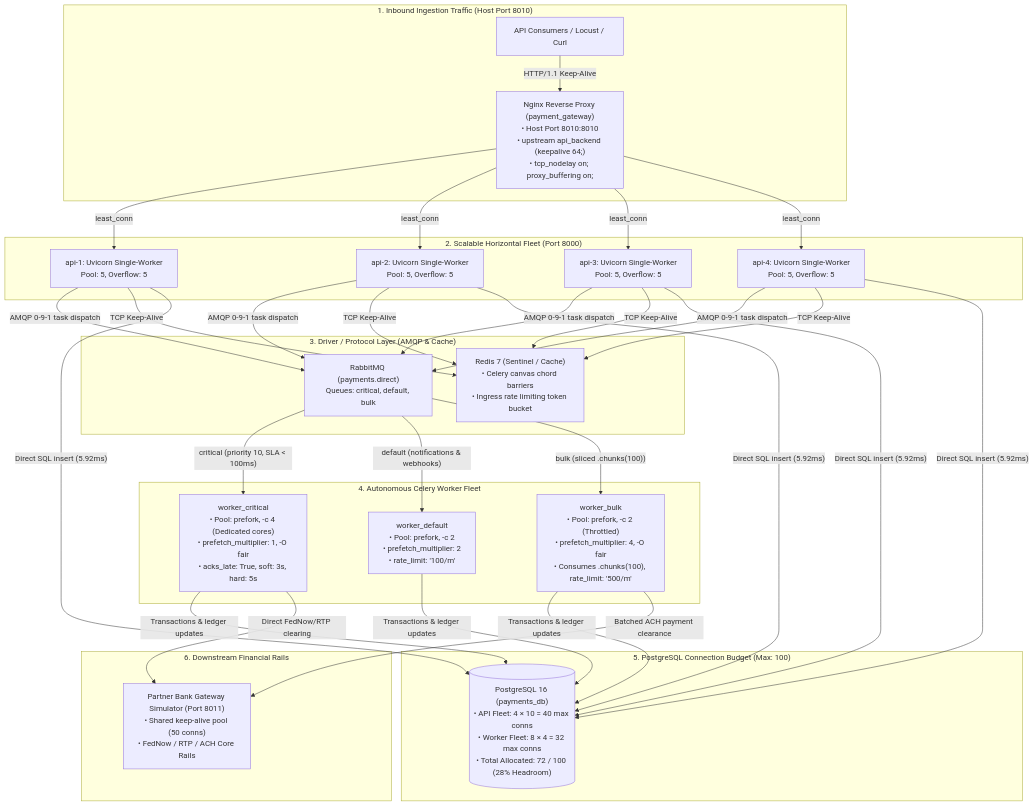
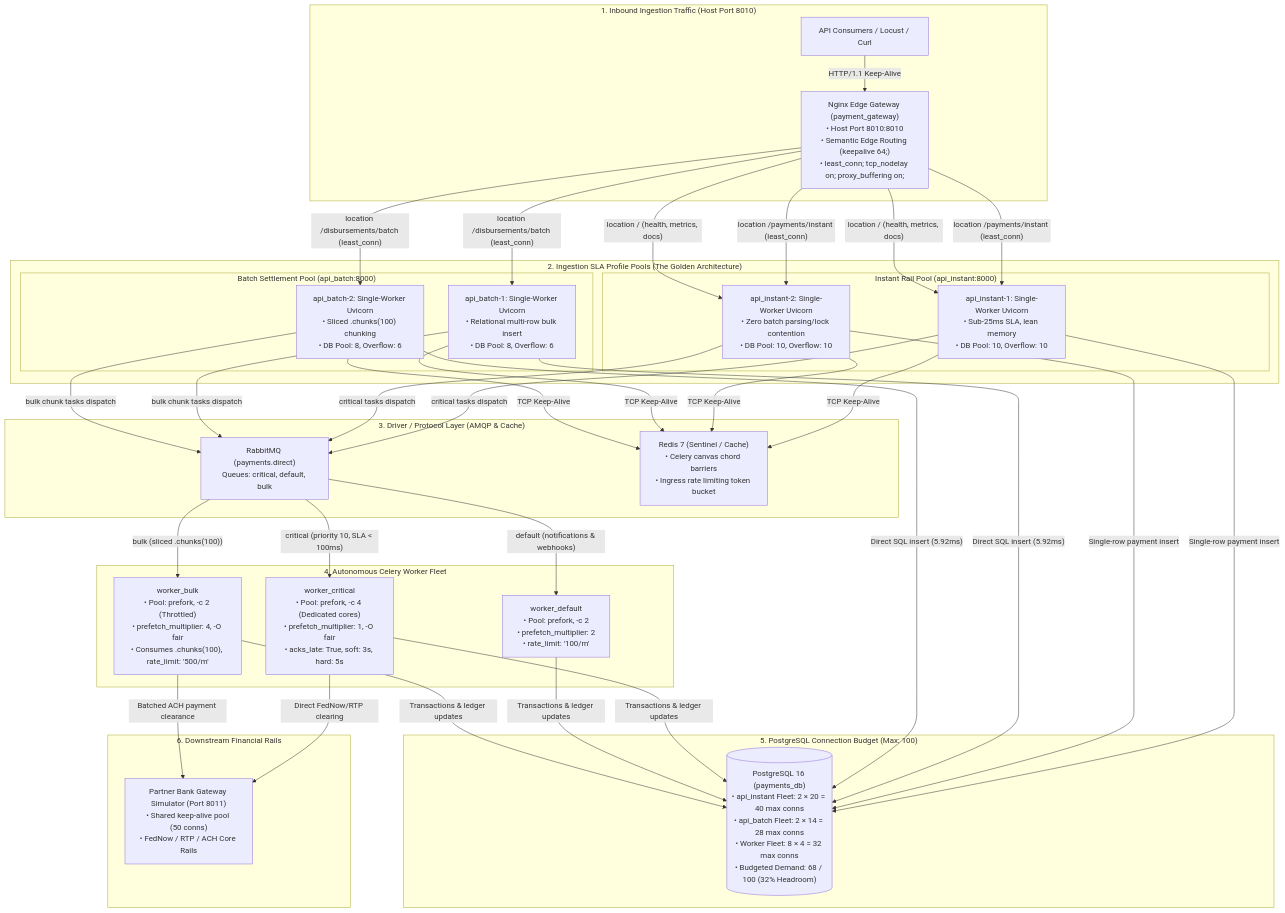
One commit to Santiagus/Python changed the first of 7 diagrams in Celery/2_Advanced_Celery_Topics/03_routing_and_capacity/docs/ARCHITECTURE_AND_STANDARDS.md. Above: the diagram before and after it, drawn with Mermaid. The commit also changed other lines of this file and 1 other file, not shown here.

First line of the commit message:
docs(architecture): specify Golden Architecture ingestion SLA pools and empirical test plan

````diff
--- a/Celery/2_Advanced_Celery_Topics/03_routing_and_capacity/docs/ARCHITECTURE_AND_STANDARDS.md
+++ b/Celery/2_Advanced_Celery_Topics/03_routing_and_capacity/docs/ARCHITECTURE_AND_STANDARDS.md
@@ -11,47 +11,58 @@
 ```mermaid
 flowchart TD
     subgraph ClientLayer ["1. Inbound Ingestion Traffic (Host Port 8010)"]
-        Client["API Consumers / Locust / Curl"] -->|"HTTP/1.1 Keep-Alive"| Nginx["Nginx Reverse Proxy (payment_gateway)<br/>• Host Port 8010:8010<br/>• upstream api_backend (keepalive 64;)<br/>• tcp_nodelay on; proxy_buffering on;"]
+        Client["API Consumers / Locust / Curl"] -->|"HTTP/1.1 Keep-Alive"| Nginx["Nginx Edge Gateway (payment_gateway)<br/>• Host Port 8010:8010<br/>• Semantic Edge Routing (keepalive 64;)<br/>• least_conn; tcp_nodelay on; proxy_buffering on;"]
     end
 
-    subgraph ContainerFleet ["2. Scalable Horizontal Fleet (Port 8000)"]
-        Nginx -->|"least_conn"| API1["api-1: Uvicorn Single-Worker<br/>Pool: 5, Overflow: 5"]
-        Nginx -->|"least_conn"| API2["api-2: Uvicorn Single-Worker<br/>Pool: 5, Overflow: 5"]
-        Nginx -->|"least_conn"| API3["api-3: Uvicorn Single-Worker<br/>Pool: 5, Overflow: 5"]
-        Nginx -->|"least_conn"| API4["api-4: Uvicorn Single-Worker<br/>Pool: 5, Overflow: 5"]
+    subgraph ContainerFleet ["2. Ingestion SLA Profile Pools (The Golden Architecture)"]
+        subgraph InstantPool ["Instant Rail Pool (api_instant:8000)"]
+            API_I1["api_instant-1: Single-Worker Uvicorn<br/>• Sub-25ms SLA, lean memory<br/>• DB Pool: 10, Overflow: 10"]
+            API_I2["api_instant-2: Single-Worker Uvicorn<br/>• Zero batch parsing/lock contention<br/>• DB Pool: 10, Overflow: 10"]
+        end
+        subgraph BatchPool ["Batch Settlement Pool (api_batch:8000)"]
+            API_B1["api_batch-1: Single-Worker Uvicorn<br/>• Relational multi-row bulk insert<br/>• DB Pool: 8, Overflow: 6"]
+            API_B2["api_batch-2: Single-Worker Uvicorn<br/>• Sliced .chunks(100) chunking<br/>• DB Pool: 8, Overflow: 6"]
+        end
     end
 
     subgraph MessagingLayer ["3. Driver / Protocol Layer (AMQP & Cache)"]
         RMQ["RabbitMQ (payments.direct)<br/>Queues: critical, default, bulk"]
         Redis["Redis 7 (Sentinel / Cache)<br/>• Celery canvas chord barriers<br/>• Ingress rate limiting token bucket"]
     end
 
     subgraph ConsumerFleet ["4. Autonomous Celery Worker Fleet"]
         WCrit["worker_critical<br/>• Pool: prefork, -c 4 (Dedicated cores)<br/>• prefetch_multiplier: 1, -O fair<br/>• acks_late: True, soft: 3s, hard: 5s"]
         WDef["worker_default<br/>• Pool: prefork, -c 2<br/>• prefetch_multiplier: 2<br/>• rate_limit: '100/m'"]
         WBulk["worker_bulk<br/>• Pool: prefork, -c 2 (Throttled)<br/>• prefetch_multiplier: 4, -O fair<br/>• Consumes .chunks(100), rate_limit: '500/m'"]
     end
 
     subgraph DatabaseLayer ["5. PostgreSQL Connection Budget (Max: 100)"]
-        PG[("PostgreSQL 16 (payments_db)<br/>• API Fleet: 4 × 10 = 40 max conns<br/>• Worker Fleet: 8 × 4 = 32 max conns<br/>• Total Allocated: 72 / 100 (28% Headroom)")]
+        PG[("PostgreSQL 16 (payments_db)<br/>• api_instant Fleet: 2 × 20 = 40 max conns<br/>• api_batch Fleet: 2 × 14 = 28 max conns<br/>• Worker Fleet: 8 × 4 = 32 max conns<br/>• Budgeted Demand: 68 / 100 (32% Headroom)")]
     end
 
     subgraph ExternalBank ["6. Downstream Financial Rails"]
         BankSim["Partner Bank Gateway Simulator (Port 8011)<br/>• Shared keep-alive pool (50 conns)<br/>• FedNow / RTP / ACH Core Rails"]
     end
 
+    %% Edge Semantic Routing
+    Nginx -->|"location /payments/instant (least_conn)"| API_I1 & API_I2
+    Nginx -->|"location /disbursements/batch (least_conn)"| API_B1 & API_B2
+    Nginx -->|"location / (health, metrics, docs)"| API_I1 & API_I2
+
     %% Ingestion API Dispatches & Writes
-    API1 & API2 & API3 & API4 -->|"AMQP 0-9-1 task dispatch"| RMQ
-    API1 & API2 & API3 & API4 -->|"TCP Keep-Alive"| Redis
-    API1 & API2 & API3 & API4 -->|"Direct SQL insert (5.92ms)"| PG
+    API_I1 & API_I2 -->|"critical tasks dispatch"| RMQ
+    API_B1 & API_B2 -->|"bulk chunk tasks dispatch"| RMQ
+    API_I1 & API_I2 & API_B1 & API_B2 -->|"TCP Keep-Alive"| Redis
+    API_I1 & API_I2 -->|"Single-row payment insert"| PG
+    API_B1 & API_B2 -->|"Direct SQL insert (5.92ms)"| PG
 
     %% Broker Dispatches to Workers
     RMQ -->|"critical (priority 10, SLA &lt; 100ms)"| WCrit
     RMQ -->|"default (notifications & webhooks)"| WDef
     RMQ -->|"bulk (sliced .chunks(100))"| WBulk
 
     %% Worker Execution: Database & External Bank
     WCrit & WDef & WBulk -->|"Transactions & ledger updates"| PG
     WCrit -->|"Direct FedNow/RTP clearing"| BankSim
     WBulk -->|"Batched ACH payment clearance"| BankSim
 ```
````
